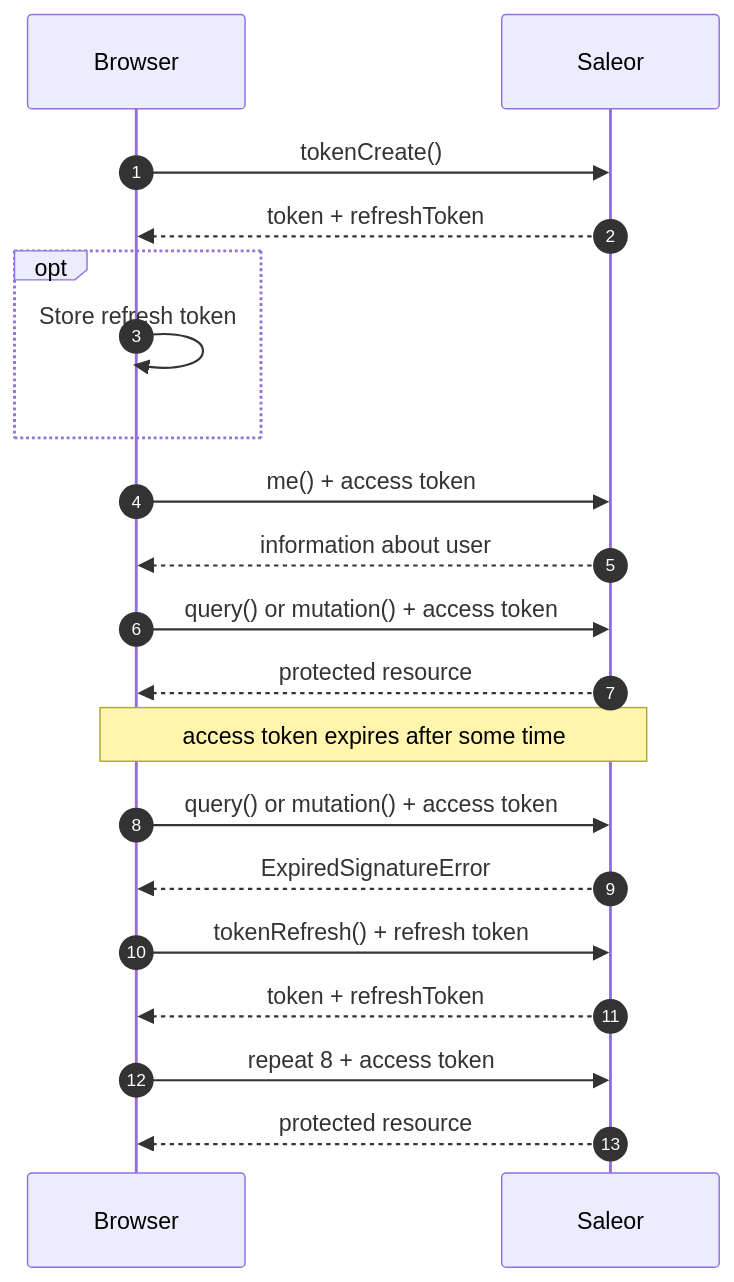
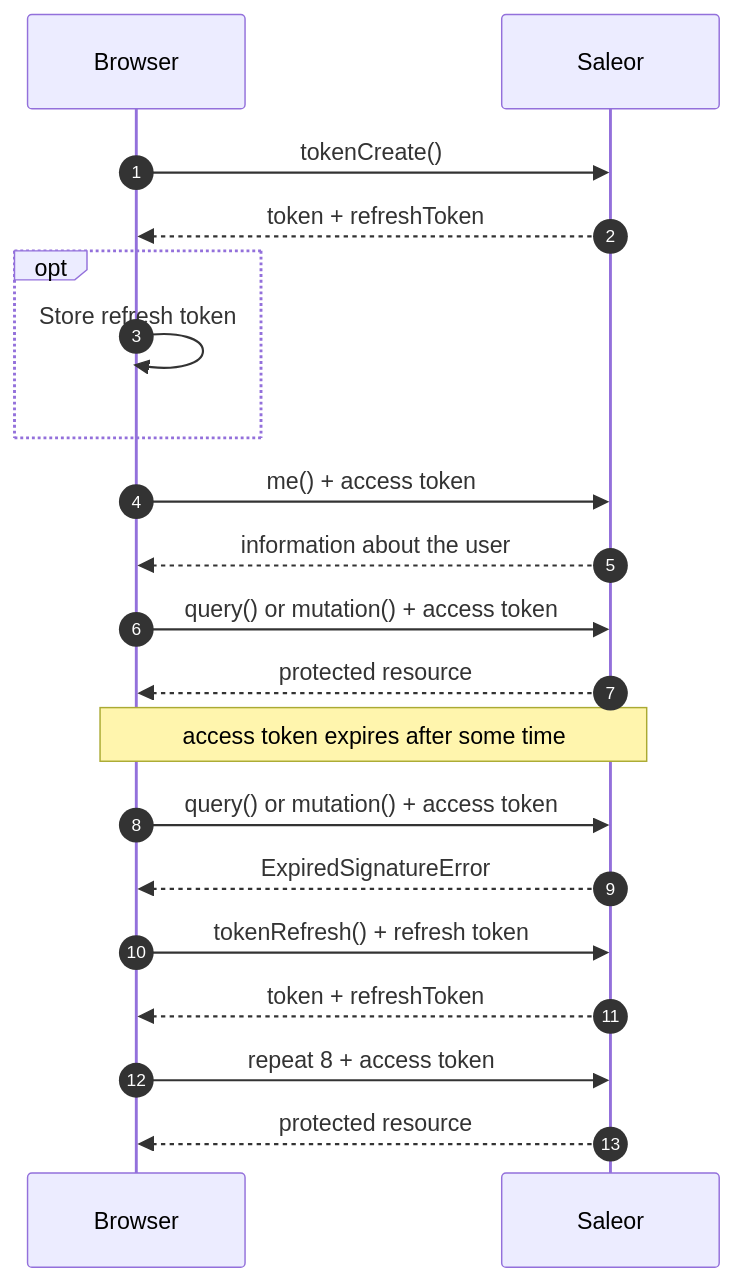
The first of 3 diagrams in docs/api-usage/authentication.mdx (saleor/saleor-docs), drawn with Mermaid before and after one commit. The commit also changed other lines of this file, not shown here.

````diff
--- a/docs/api-usage/authentication.mdx
+++ b/docs/api-usage/authentication.mdx
@@ -207,27 +209,27 @@
 ```mermaid
 sequenceDiagram
   autonumber
   Browser ->> Saleor: tokenCreate()
   Saleor -->> Browser: token + refreshToken
 
   opt
     Browser ->> Browser: Store refresh token
   end
 
   Browser ->> Saleor: me() + access token
-  Saleor -->> Browser: information about user
+  Saleor -->> Browser: information about the user
 
   Browser ->> Saleor: query() or mutation() + access token
   Saleor -->> Browser: protected resource
 
   Note over Browser,Saleor: access token expires after some time
 
   Browser ->> Saleor: query() or mutation() + access token
   Saleor -->> Browser: ExpiredSignatureError
 
   Browser ->> Saleor: tokenRefresh() + refresh token
   Saleor -->> Browser: token + refreshToken
 
   Browser ->> Saleor: repeat 8 + access token
   Saleor -->> Browser: protected resource
 ```
````
